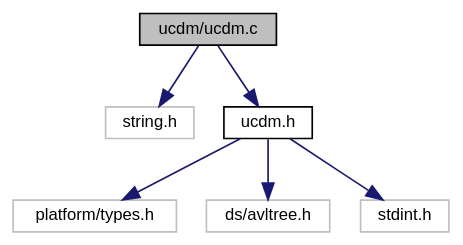
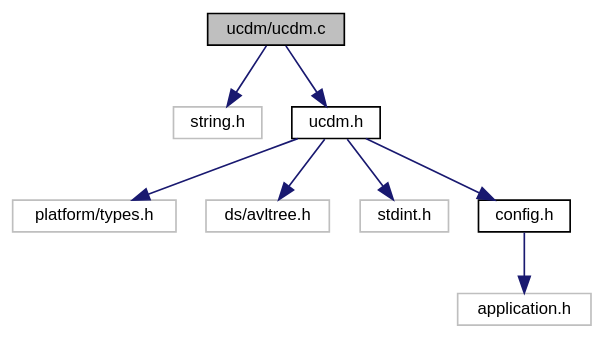
One commit to ebs-universe/piolib-ucdm changed the diagram in ucdm_8c__incl.dot. Above: the diagram before and after it, drawn with Graphviz. The commit also changed 86 other files, not shown here.

```diff
--- a/ucdm_8c__incl.dot
+++ b/ucdm_8c__incl.dot
@@ -1,19 +1,23 @@
 digraph "ucdm/ucdm.c"
 {
  // INTERACTIVE_SVG=YES
  // LATEX_PDF_SIZE
   bgcolor="transparent";
   edge [fontname="Helvetica",fontsize="10",labelfontname="Helvetica",labelfontsize="10"];
   node [fontname="Helvetica",fontsize="10",shape=record];
   Node1 [label="ucdm/ucdm.c",height=0.2,width=0.4,color="black", fillcolor="grey75", style="filled", fontcolor="black",tooltip="Implementation the Unified Configuration and Data Manager."];
   Node1 -> Node2 [color="midnightblue",fontsize="10",style="solid",fontname="Helvetica"];
   Node2 [label="string.h",height=0.2,width=0.4,color="grey75",tooltip=" "];
   Node1 -> Node3 [color="midnightblue",fontsize="10",style="solid",fontname="Helvetica"];
   Node3 [label="ucdm.h",height=0.2,width=0.4,color="black",URL="$ucdm_8h.html",tooltip="Interface and usage of the Unified Configuration and Data Manager."];
   Node3 -> Node4 [color="midnightblue",fontsize="10",style="solid",fontname="Helvetica"];
   Node4 [label="platform/types.h",height=0.2,width=0.4,color="grey75",tooltip=" "];
   Node3 -> Node5 [color="midnightblue",fontsize="10",style="solid",fontname="Helvetica"];
   Node5 [label="ds/avltree.h",height=0.2,width=0.4,color="grey75",tooltip=" "];
   Node3 -> Node6 [color="midnightblue",fontsize="10",style="solid",fontname="Helvetica"];
   Node6 [label="stdint.h",height=0.2,width=0.4,color="grey75",tooltip=" "];
+  Node3 -> Node7 [color="midnightblue",fontsize="10",style="solid",fontname="Helvetica"];
+  Node7 [label="config.h",height=0.2,width=0.4,color="black",URL="$config_8h_source.html",tooltip=" "];
+  Node7 -> Node8 [color="midnightblue",fontsize="10",style="solid",fontname="Helvetica"];
+  Node8 [label="application.h",height=0.2,width=0.4,color="grey75",tooltip=" "];
 }
```
